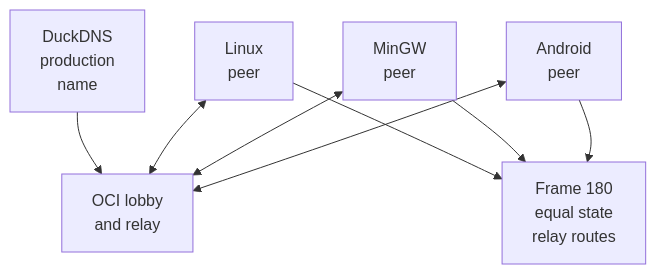
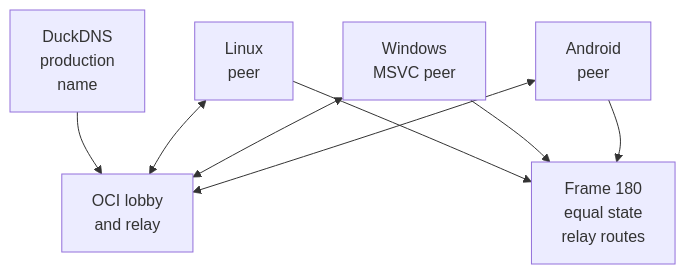
The eighth of 9 diagrams in doc/architecture/Testing.md (irregularthanis/ggpo-next), drawn with Mermaid before and after one commit. The commit also changed other lines of this file and 10 other files, not shown here.

Commit message:
ci: use MSVC for the public Windows peer

````diff
--- a/doc/architecture/Testing.md
+++ b/doc/architecture/Testing.md
@@ -757,17 +758,17 @@
 ```mermaid
 flowchart TD
     DNS["DuckDNS<br/>production<br/>name"]
     Relay["OCI lobby<br/>and relay"]
     Linux["Linux<br/>peer"]
-    MinGW["MinGW<br/>peer"]
+    Windows["Windows<br/>MSVC peer"]
     Android["Android<br/>peer"]
     Result["Frame 180<br/>equal state<br/>relay routes"]
 
     DNS --> Relay
     Linux <--> Relay
-    MinGW <--> Relay
+    Windows <--> Relay
     Android <--> Relay
     Linux --> Result
-    MinGW --> Result
+    Windows --> Result
     Android --> Result
 ```
````
